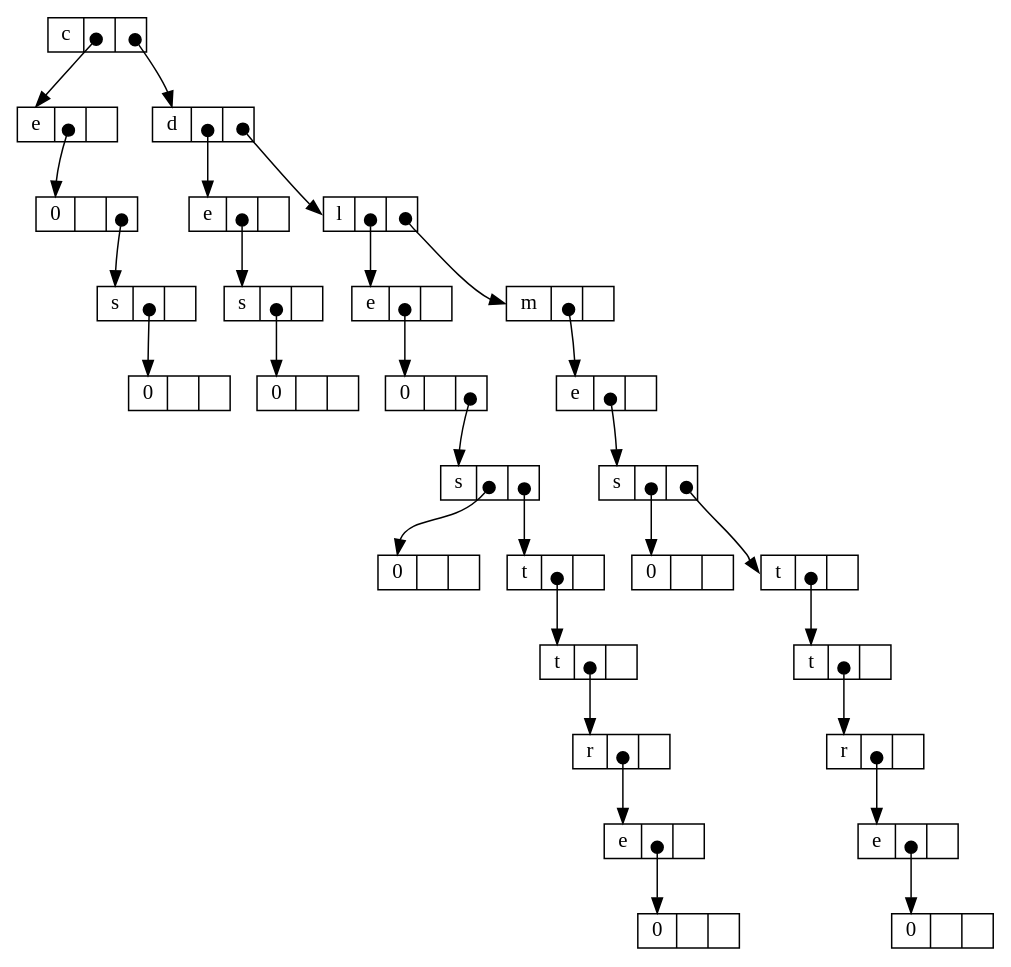
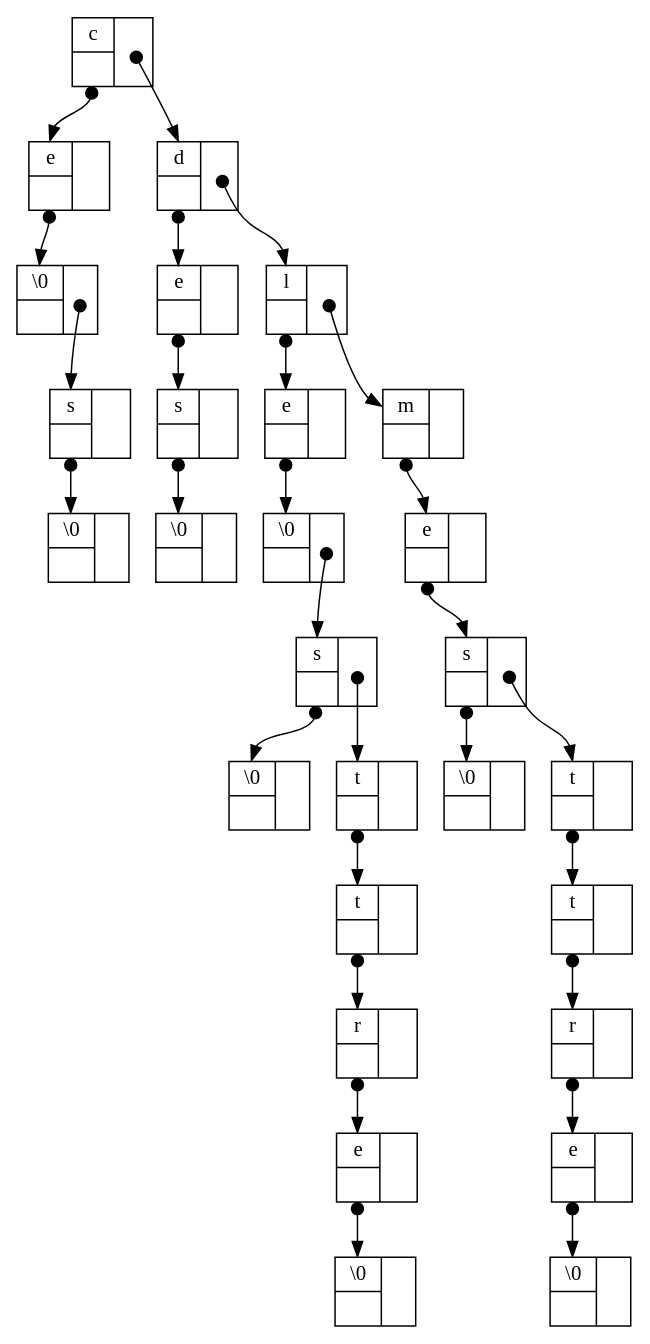
One commit to torresf/imac1_lexical_tree changed the diagram in dico.dot. Above: the diagram before and after it, drawn with Graphviz. The commit also changed 6 other files, not shown here.

```diff
--- a/dico.dot
+++ b/dico.dot
@@ -1,61 +1,61 @@
 digraph arbre {
 node [shape=record, height=.1]
 edge [tailclip=false, arrowtail=dot, dir=both];
 
-n0x207a250 [label="<lettre> c | <gauche> | <droit>";]
-n0x207a250:gauche:c -> n0x207a270:lettre;
-n0x207a270 [label="<lettre> e | <gauche> | <droit>";]
-n0x207a270:gauche:c -> n0x207a290:lettre;
-n0x207a290 [label="<lettre> \0 | <gauche> | <droit>";]
-n0x207a290:droit:c -> n0x207a2b0:lettre;
-n0x207a2b0 [label="<lettre> s | <gauche> | <droit>";]
-n0x207a2b0:gauche:c -> n0x207a2d0:lettre;
-n0x207a2d0 [label="<lettre> \0 | <gauche> | <droit>";]
-n0x207a250:droit:c -> n0x207a2f0:lettre;
-n0x207a2f0 [label="<lettre> d | <gauche> | <droit>";]
-n0x207a2f0:gauche:c -> n0x207a310:lettre;
-n0x207a310 [label="<lettre> e | <gauche> | <droit>";]
-n0x207a310:gauche:c -> n0x207a330:lettre;
-n0x207a330 [label="<lettre> s | <gauche> | <droit>";]
-n0x207a330:gauche:c -> n0x207a350:lettre;
-n0x207a350 [label="<lettre> \0 | <gauche> | <droit>";]
-n0x207a2f0:droit:c -> n0x207a370:lettre;
-n0x207a370 [label="<lettre> l | <gauche> | <droit>";]
-n0x207a370:gauche:c -> n0x207a390:lettre;
-n0x207a390 [label="<lettre> e | <gauche> | <droit>";]
-n0x207a390:gauche:c -> n0x207a3b0:lettre;
-n0x207a3b0 [label="<lettre> \0 | <gauche> | <droit>";]
-n0x207a3b0:droit:c -> n0x207a3d0:lettre;
-n0x207a3d0 [label="<lettre> s | <gauche> | <droit>";]
-n0x207a3d0:gauche:c -> n0x207a3f0:lettre;
-n0x207a3f0 [label="<lettre> \0 | <gauche> | <droit>";]
-n0x207a3d0:droit:c -> n0x207a410:lettre;
-n0x207a410 [label="<lettre> t | <gauche> | <droit>";]
-n0x207a410:gauche:c -> n0x207a430:lettre;
-n0x207a430 [label="<lettre> t | <gauche> | <droit>";]
-n0x207a430:gauche:c -> n0x207a450:lettre;
-n0x207a450 [label="<lettre> r | <gauche> | <droit>";]
-n0x207a450:gauche:c -> n0x207a470:lettre;
-n0x207a470 [label="<lettre> e | <gauche> | <droit>";]
-n0x207a470:gauche:c -> n0x207a490:lettre;
-n0x207a490 [label="<lettre> \0 | <gauche> | <droit>";]
-n0x207a370:droit:c -> n0x207a4b0:lettre;
-n0x207a4b0 [label="<lettre> m | <gauche> | <droit>";]
-n0x207a4b0:gauche:c -> n0x207a4d0:lettre;
-n0x207a4d0 [label="<lettre> e | <gauche> | <droit>";]
-n0x207a4d0:gauche:c -> n0x207a4f0:lettre;
-n0x207a4f0 [label="<lettre> s | <gauche> | <droit>";]
-n0x207a4f0:gauche:c -> n0x207a510:lettre;
-n0x207a510 [label="<lettre> \0 | <gauche> | <droit>";]
-n0x207a4f0:droit:c -> n0x207a530:lettre;
-n0x207a530 [label="<lettre> t | <gauche> | <droit>";]
-n0x207a530:gauche:c -> n0x207a550:lettre;
-n0x207a550 [label="<lettre> t | <gauche> | <droit>";]
-n0x207a550:gauche:c -> n0x207a570:lettre;
-n0x207a570 [label="<lettre> r | <gauche> | <droit>";]
-n0x207a570:gauche:c -> n0x207a590:lettre;
-n0x207a590 [label="<lettre> e | <gauche> | <droit>";]
-n0x207a590:gauche:c -> n0x207a5b0:lettre;
-n0x207a5b0 [label="<lettre> \0 | <gauche> | <droit>";]
+n0xc20250 [label="{<lettre> c |<here>}| <droit>";]
+n0xc20250:here -> n0xc20270:lettre;
+n0xc20270 [label="{<lettre> e |<here>}| <droit>";]
+n0xc20270:here -> n0xc20290:lettre;
+n0xc20290 [label="{<lettre> \\0 |<here>}| <droit>";]
+n0xc20290:droit:c -> n0xc202b0:lettre;
+n0xc202b0 [label="{<lettre> s |<here>}| <droit>";]
+n0xc202b0:here -> n0xc202d0:lettre;
+n0xc202d0 [label="{<lettre> \\0 |<here>}| <droit>";]
+n0xc20250:droit:c -> n0xc202f0:lettre;
+n0xc202f0 [label="{<lettre> d |<here>}| <droit>";]
+n0xc202f0:here -> n0xc20310:lettre;
+n0xc20310 [label="{<lettre> e |<here>}| <droit>";]
+n0xc20310:here -> n0xc20330:lettre;
+n0xc20330 [label="{<lettre> s |<here>}| <droit>";]
+n0xc20330:here -> n0xc20350:lettre;
+n0xc20350 [label="{<lettre> \\0 |<here>}| <droit>";]
+n0xc202f0:droit:c -> n0xc20370:lettre;
+n0xc20370 [label="{<lettre> l |<here>}| <droit>";]
+n0xc20370:here -> n0xc20390:lettre;
+n0xc20390 [label="{<lettre> e |<here>}| <droit>";]
+n0xc20390:here -> n0xc203b0:lettre;
+n0xc203b0 [label="{<lettre> \\0 |<here>}| <droit>";]
+n0xc203b0:droit:c -> n0xc203d0:lettre;
+n0xc203d0 [label="{<lettre> s |<here>}| <droit>";]
+n0xc203d0:here -> n0xc203f0:lettre;
+n0xc203f0 [label="{<lettre> \\0 |<here>}| <droit>";]
+n0xc203d0:droit:c -> n0xc20410:lettre;
+n0xc20410 [label="{<lettre> t |<here>}| <droit>";]
+n0xc20410:here -> n0xc20430:lettre;
+n0xc20430 [label="{<lettre> t |<here>}| <droit>";]
+n0xc20430:here -> n0xc20450:lettre;
+n0xc20450 [label="{<lettre> r |<here>}| <droit>";]
+n0xc20450:here -> n0xc20470:lettre;
+n0xc20470 [label="{<lettre> e |<here>}| <droit>";]
+n0xc20470:here -> n0xc20490:lettre;
+n0xc20490 [label="{<lettre> \\0 |<here>}| <droit>";]
+n0xc20370:droit:c -> n0xc204b0:lettre;
+n0xc204b0 [label="{<lettre> m |<here>}| <droit>";]
+n0xc204b0:here -> n0xc204d0:lettre;
+n0xc204d0 [label="{<lettre> e |<here>}| <droit>";]
+n0xc204d0:here -> n0xc204f0:lettre;
+n0xc204f0 [label="{<lettre> s |<here>}| <droit>";]
+n0xc204f0:here -> n0xc20510:lettre;
+n0xc20510 [label="{<lettre> \\0 |<here>}| <droit>";]
+n0xc204f0:droit:c -> n0xc20530:lettre;
+n0xc20530 [label="{<lettre> t |<here>}| <droit>";]
+n0xc20530:here -> n0xc20550:lettre;
+n0xc20550 [label="{<lettre> t |<here>}| <droit>";]
+n0xc20550:here -> n0xc20570:lettre;
+n0xc20570 [label="{<lettre> r |<here>}| <droit>";]
+n0xc20570:here -> n0xc20590:lettre;
+n0xc20590 [label="{<lettre> e |<here>}| <droit>";]
+n0xc20590:here -> n0xc205b0:lettre;
+n0xc205b0 [label="{<lettre> \\0 |<here>}| <droit>";]
 
 }
```
